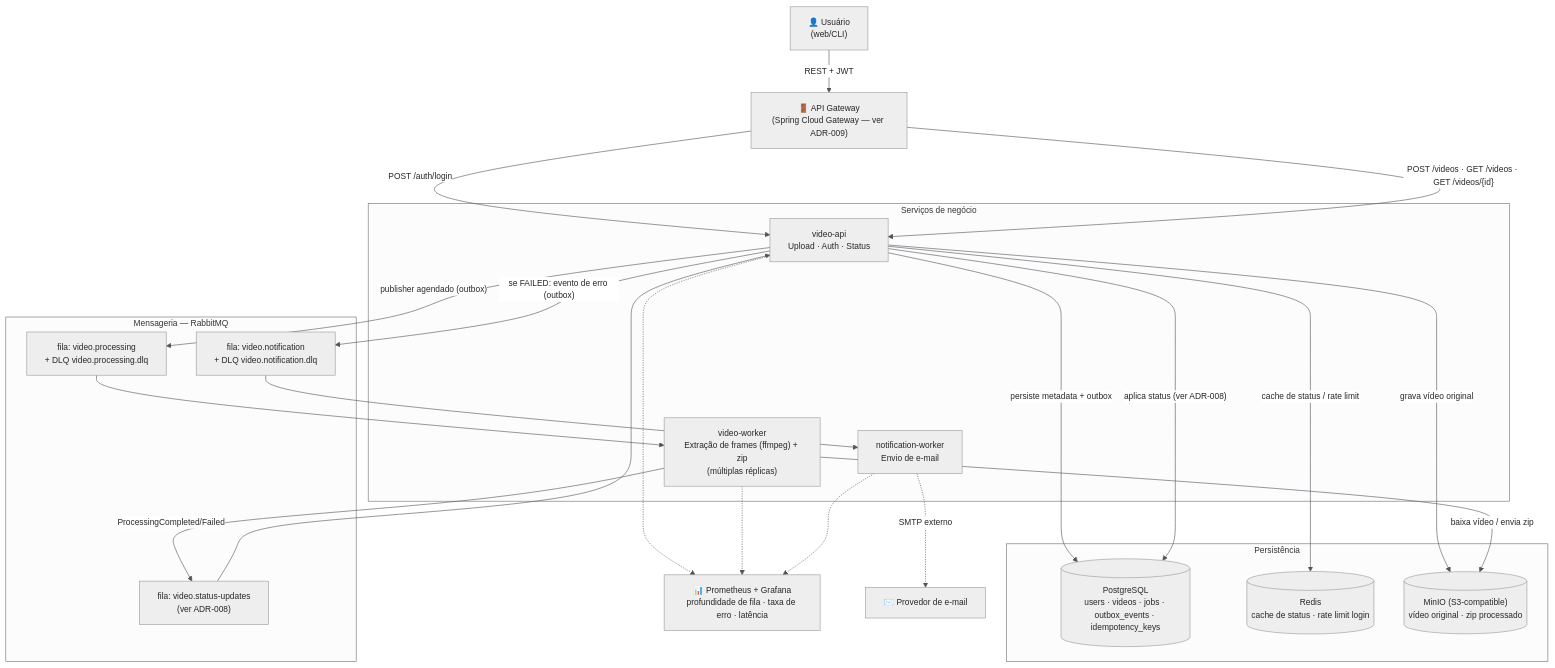
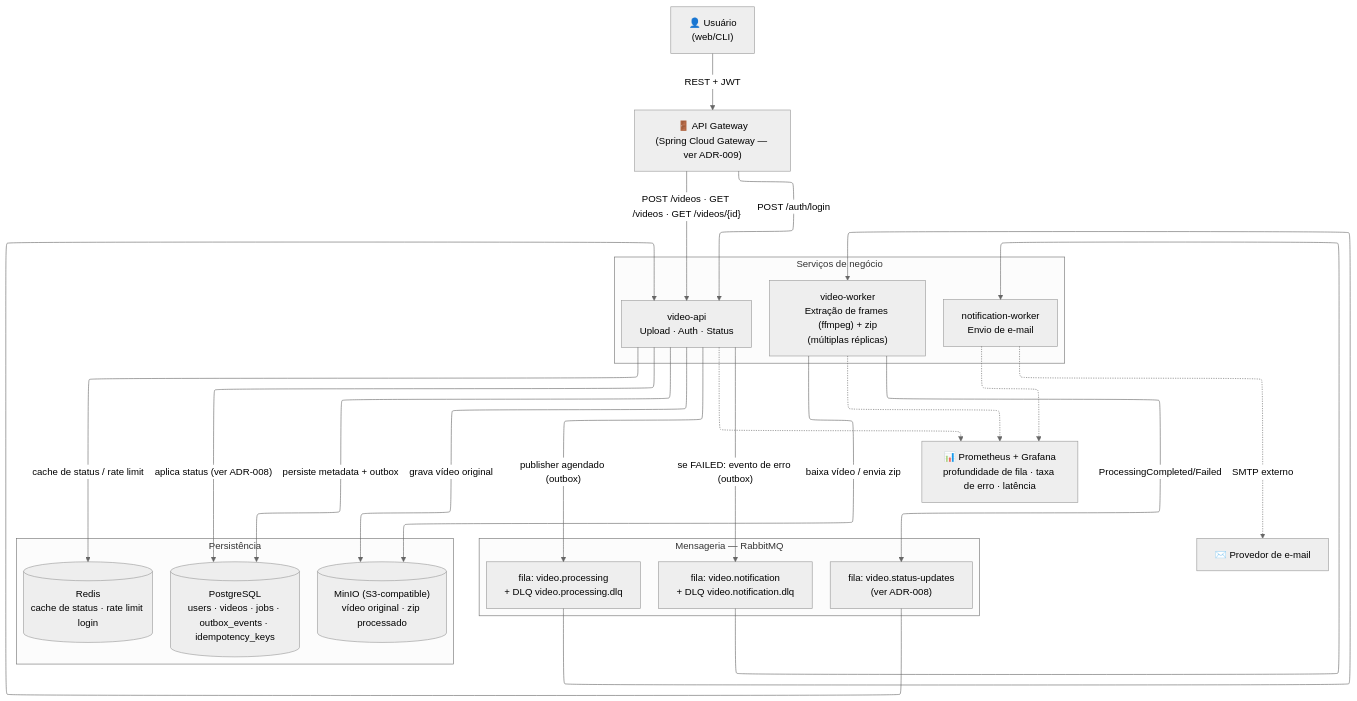
The first of 5 diagrams in docs/architecture/hld-lld-adr-rfc.md (fredericoffs/fiapx-video-platform), drawn with Mermaid before and after one commit. The commit also changed other lines of this file, not shown here.

First line of the commit message:
docs(architecture): moderniza sintaxe de config dos diagramas Mermaid

````diff
--- a/docs/architecture/hld-lld-adr-rfc.md
+++ b/docs/architecture/hld-lld-adr-rfc.md
@@ -122,56 +122,50 @@
 ```mermaid
-%%{
-  init: {
-    'theme': 'neutral',
-    'themeVariables': {
-      'fontFamily': 'Fira Code, monospace',
-      'fontSize': '14px',
-      'primaryColor': '#f4f4f5',
-      'primaryTextColor': '#18181b',
-      'lineColor': '#52525b',
-      'textColor': '#27272a'
-    }
-  }
-}%%
+---
+config:
+  theme: neutral
+  layout: elk
+  look: classic
+  fontFamily: '''Inter Variable'', sans-serif'
+---
 flowchart TB
     CLI["👤 Usuário<br/>(web/CLI)"] -- "REST + JWT" --> GW["🚪 API Gateway<br/>(Spring Cloud Gateway — ver ADR-009)"]
     GW -- "POST /auth/login" --> API
     GW -- "POST /videos · GET /videos · GET /videos/{id}" --> API
 
     subgraph CORE["Serviços de negócio"]
         API["video-api<br/>Upload · Auth · Status"]
         WRK["video-worker<br/>Extração de frames (ffmpeg) + zip<br/>(múltiplas réplicas)"]
         NOT["notification-worker<br/>Envio de e-mail"]
     end
 
     subgraph MSG["Mensageria — RabbitMQ"]
         Q1["fila: video.processing<br/>+ DLQ video.processing.dlq"]
         Q2["fila: video.notification<br/>+ DLQ video.notification.dlq"]
         Q3["fila: video.status-updates<br/>(ver ADR-008)"]
     end
 
     subgraph DATA["Persistência"]
         PG[("PostgreSQL<br/>users · videos · jobs · outbox_events · idempotency_keys")]
         RD[("Redis<br/>cache de status · rate limit login")]
         S3[("MinIO (S3-compatible)<br/>vídeo original · zip processado")]
     end
 
     OBS["📊 Prometheus + Grafana<br/>profundidade de fila · taxa de erro · latência"]
 
     API -- "grava vídeo original" --> S3
     API -- "persiste metadata + outbox" --> PG
     API -- "cache de status / rate limit" --> RD
     API -- "publisher agendado (outbox)" --> Q1
     Q1 --> WRK
     WRK -- "baixa vídeo / envia zip" --> S3
     WRK -- "ProcessingCompleted/Failed" --> Q3
     Q3 --> API
     API -- "aplica status (ver ADR-008)" --> PG
     API -- "se FAILED: evento de erro (outbox)" --> Q2
     Q2 --> NOT
     NOT -. "SMTP externo" .-> EMAIL["✉️ Provedor de e-mail"]
 
     API -.-> OBS
     WRK -.-> OBS
     NOT -.-> OBS
 ```
````
